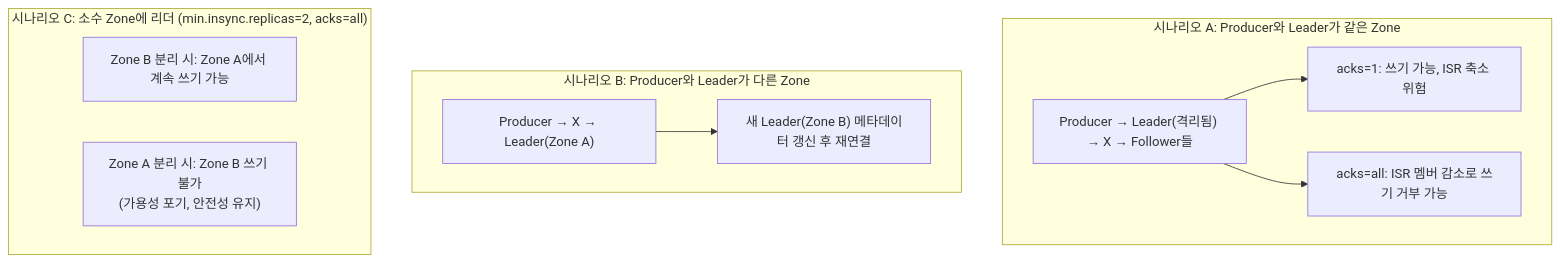
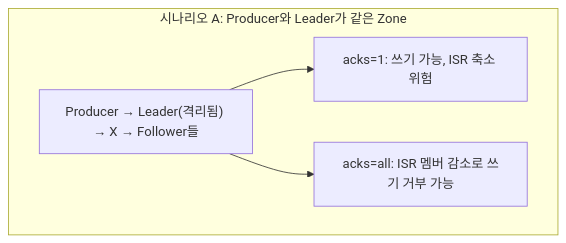
Before and after one commit to yjkim2015/yjkim2015.github.io: diagram 19 of 21 in _posts/kafka/2026-05-01-kafka-extreme-scenarios.md, drawn with Mermaid. The commit also changed other lines of this file and 215 other files, not shown here.

First line of the commit message:
신규 포스트 10개 추가 + Mermaid 전면 축소 + SystemDesign 시리즈 보강

````diff
--- a/_posts/kafka/2026-05-01-kafka-extreme-scenarios.md
+++ b/_posts/kafka/2026-05-01-kafka-extreme-scenarios.md
@@ -631,19 +572,10 @@
 ```mermaid
 graph TD
     subgraph scenA["시나리오 A: Producer와 Leader가 같은 Zone"]
         SA1["Producer → Leader(격리됨) → X → Follower들"]
         SA2["acks=1: 쓰기 가능, ISR 축소 위험"]
         SA3["acks=all: ISR 멤버 감소로 쓰기 거부 가능"]
         SA1 --> SA2
         SA1 --> SA3
     end
-    subgraph scenB["시나리오 B: Producer와 Leader가 다른 Zone"]
-        SB1["Producer → X → Leader(Zone A)"]
-        SB2["새 Leader(Zone B) 메타데이터 갱신 후 재연결"]
-        SB1 --> SB2
-    end
-    subgraph scenC["시나리오 C: 소수 Zone에 리더 (min.insync.replicas=2, acks=all)"]
-        SC1["Zone B 분리 시: Zone A에서 계속 쓰기 가능"]
-        SC2["Zone A 분리 시: Zone B 쓰기 불가\n(가용성 포기, 안전성 유지)"]
-    end
 ```
````
